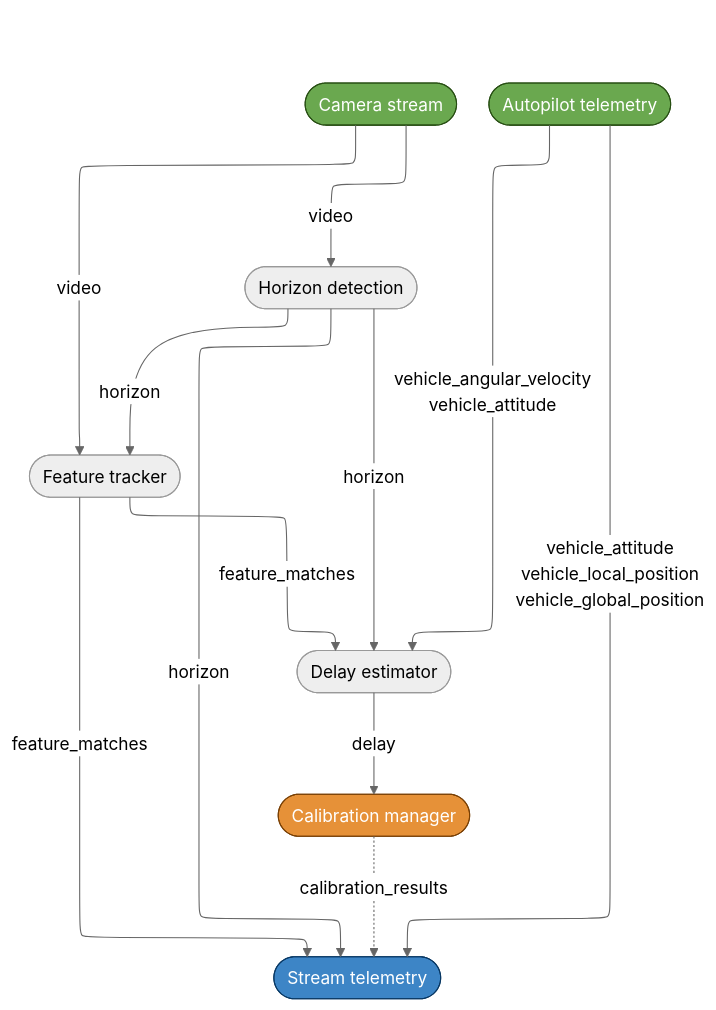
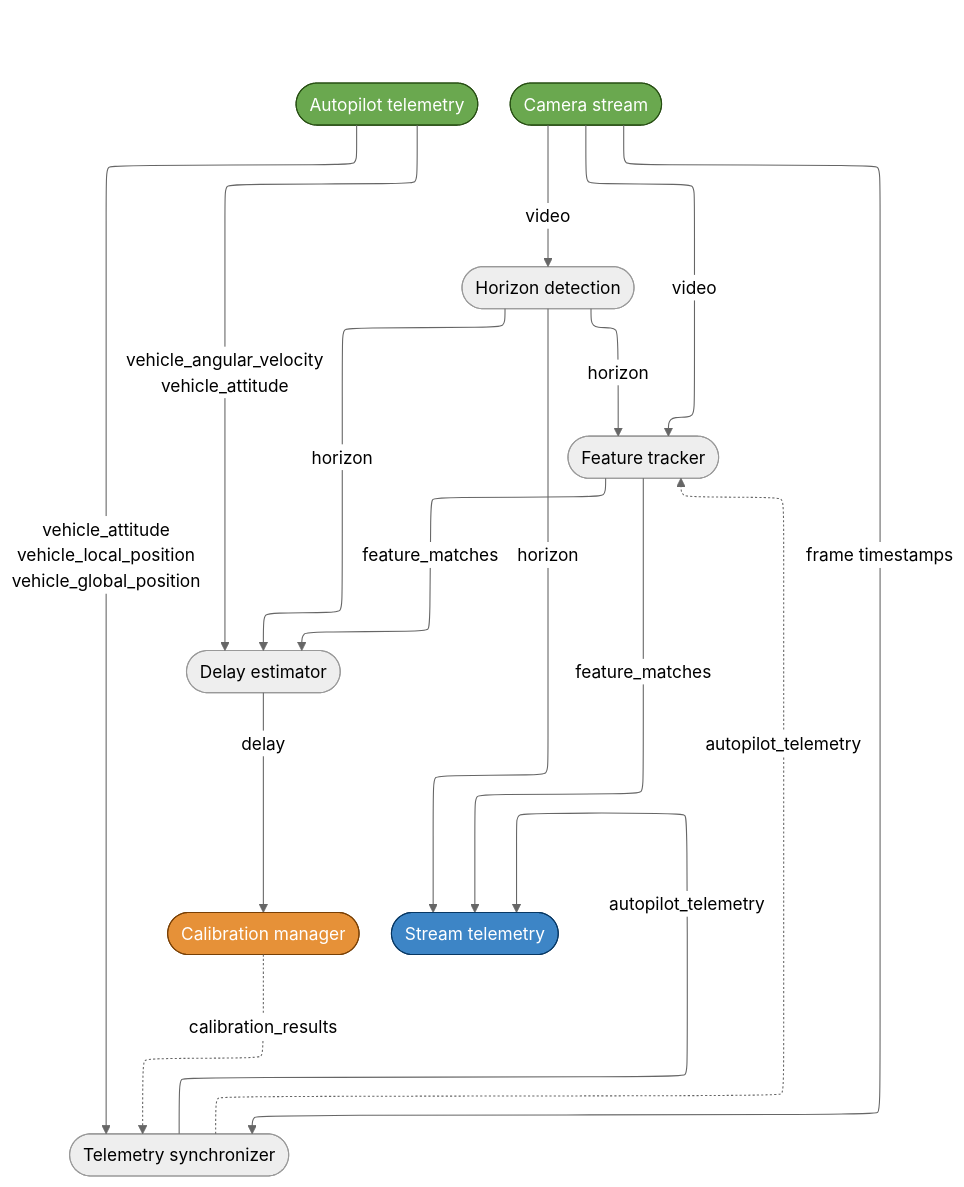
One commit to in-flight-calibration/ifc changed the first of 3 diagrams in docs/DIAGRAM.md. Above: the diagram before and after it, drawn with Mermaid (neutral theme). The commit also changed 1 other file, not shown here.

Commit message:
update: arch and diagram

````diff
--- a/docs/DIAGRAM.md
+++ b/docs/DIAGRAM.md
@@ -5,32 +5,41 @@
 ```mermaid
 %%{init: {"flowchart": {"defaultRenderer": "elk"}}}%%
 flowchart TB
     classDef input fill:#6aa84f,stroke:#274e13,color:#fff
     classDef manager fill:#e69138,stroke:#783f04,color:#fff
     classDef telemetry fill:#3d85c6,stroke:#073763,color:#fff
 
     subgraph inputs [" "]
         direction LR
         autopilot([Autopilot telemetry]):::input
         camera([Camera stream]):::input
     end
     style inputs fill:none,stroke:none
 
     delay([Delay estimator])
     horizon([Horizon detection])
-    manager([Calibration manager]):::manager
-    stream([Stream telemetry]):::telemetry
+    synchronizer([Telemetry synchronizer])
     tracker([Feature tracker])
 
+    subgraph outputs [" "]
+        direction LR
+        manager([Calibration manager]):::manager
+        stream([Stream telemetry]):::telemetry
+    end
+    style outputs fill:none,stroke:none
+
     autopilot -->|vehicle_angular_velocity<br/>vehicle_attitude| delay
-    autopilot -->|vehicle_attitude<br/>vehicle_local_position<br/>vehicle_global_position| stream
+    autopilot -->|vehicle_attitude<br/>vehicle_local_position<br/>vehicle_global_position| synchronizer
     camera -->|video| horizon
     camera -->|video| tracker
+    camera -->|frame timestamps| synchronizer
     delay -->|delay| manager
     horizon -->|horizon| delay
     horizon -->|horizon| stream
     horizon -->|horizon| tracker
-    manager -.->|calibration_results| stream
+    manager -.->|calibration_results| synchronizer
+    synchronizer -->|autopilot_telemetry| stream
+    synchronizer -.->|autopilot_telemetry| tracker
     tracker -->|feature_matches| delay
     tracker -->|feature_matches| stream
 ```
````
